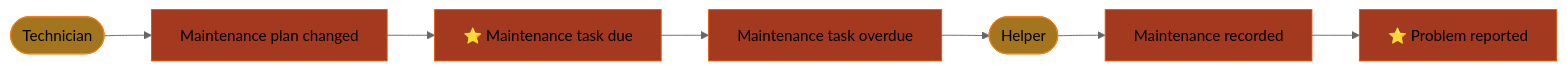
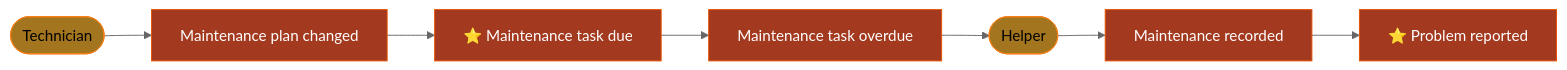
Before and after one commit to hemi1986/laguardia: the fourth of 5 diagrams in docs/domain/event-storming.md, drawn with Mermaid (neutral theme). The commit also changed other lines of this file and 1 other file, not shown here.

Commit message:
Event storming diagram: white text on events for contrast

````diff
--- a/docs/domain/event-storming.md
+++ b/docs/domain/event-storming.md
@@ -353,24 +353,24 @@
 ```mermaid
 flowchart LR
     ACT_Technician(["Technician"]):::act
     EVT_MaintenancePlanChanged["Maintenance plan changed"]:::evt
     EVT_MaintenanceTaskDue["⭐ Maintenance task due"]:::evt
     EVT_MaintenanceTaskOverdue["Maintenance task overdue"]:::evt
     ACT_Helper(["Helper"]):::act
     EVT_MaintenanceRecorded["Maintenance recorded"]:::evt
     EVT_ProblemReported["⭐ Problem reported"]:::evt
     ACT_Technician --> EVT_MaintenancePlanChanged
     EVT_MaintenancePlanChanged --> EVT_MaintenanceTaskDue
     EVT_MaintenanceTaskDue --> EVT_MaintenanceTaskOverdue
     EVT_MaintenanceTaskOverdue --> ACT_Helper
     ACT_Helper --> EVT_MaintenanceRecorded
     EVT_MaintenanceRecorded --> EVT_ProblemReported
-    classDef evt fill:#a3391f,stroke:#e65100,color:#000
+    classDef evt fill:#a3391f,stroke:#e65100,color:#fff
     classDef cmd fill:#64b5f6,stroke:#0d47a1,color:#000
     classDef pol fill:#ce93d8,stroke:#4a148c,color:#000
     classDef rm fill:#81c784,stroke:#1b5e20,color:#000
     classDef act fill:#a3751f,stroke:#f57f17,color:#000
     classDef ext fill:#f48fb1,stroke:#880e4f,color:#000
     classDef agg fill:#ffe082,stroke:#ff6f00,color:#000
     classDef hs fill:#e57373,stroke:#b71c1c,color:#fff
 ```
````
